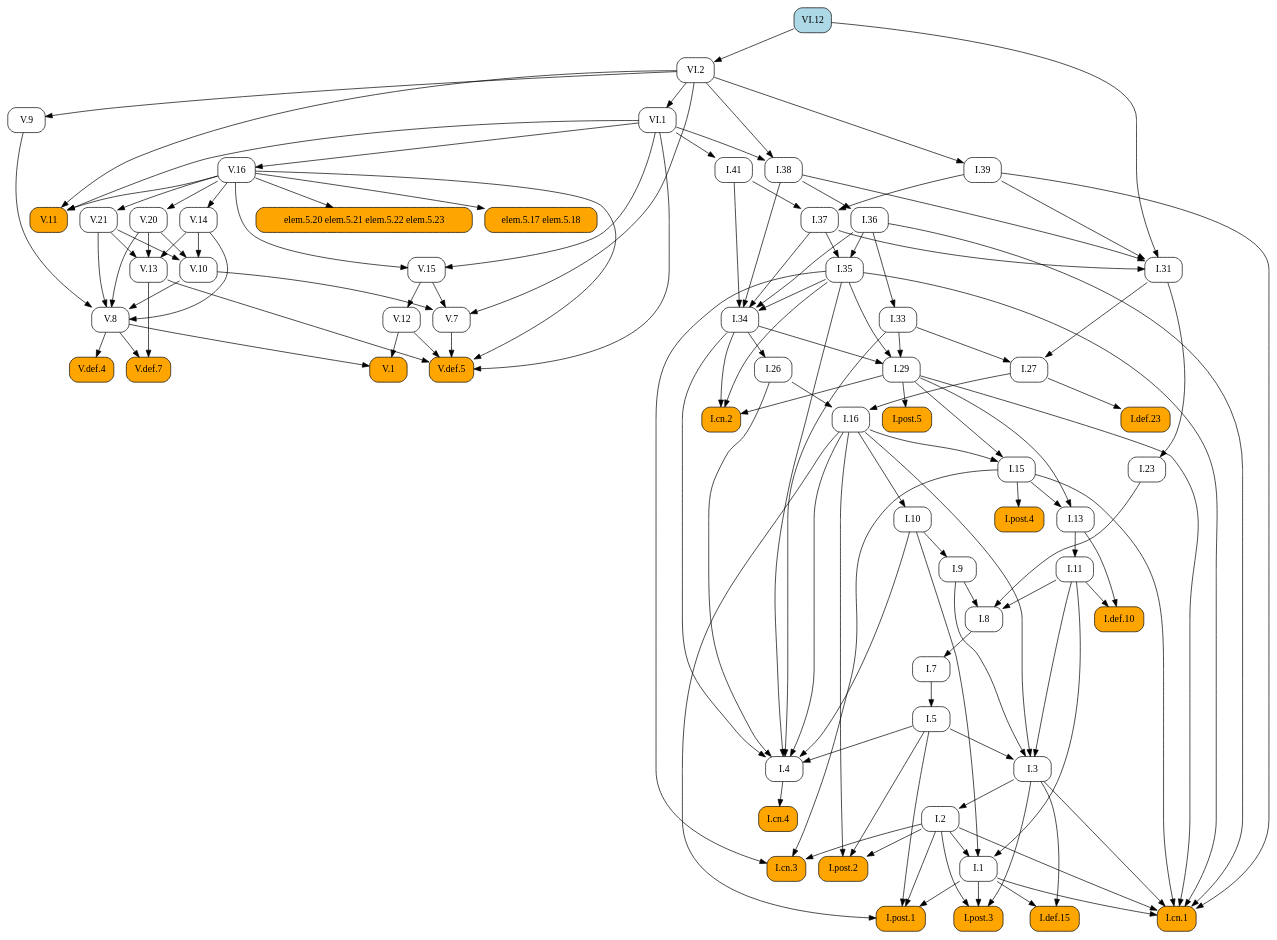
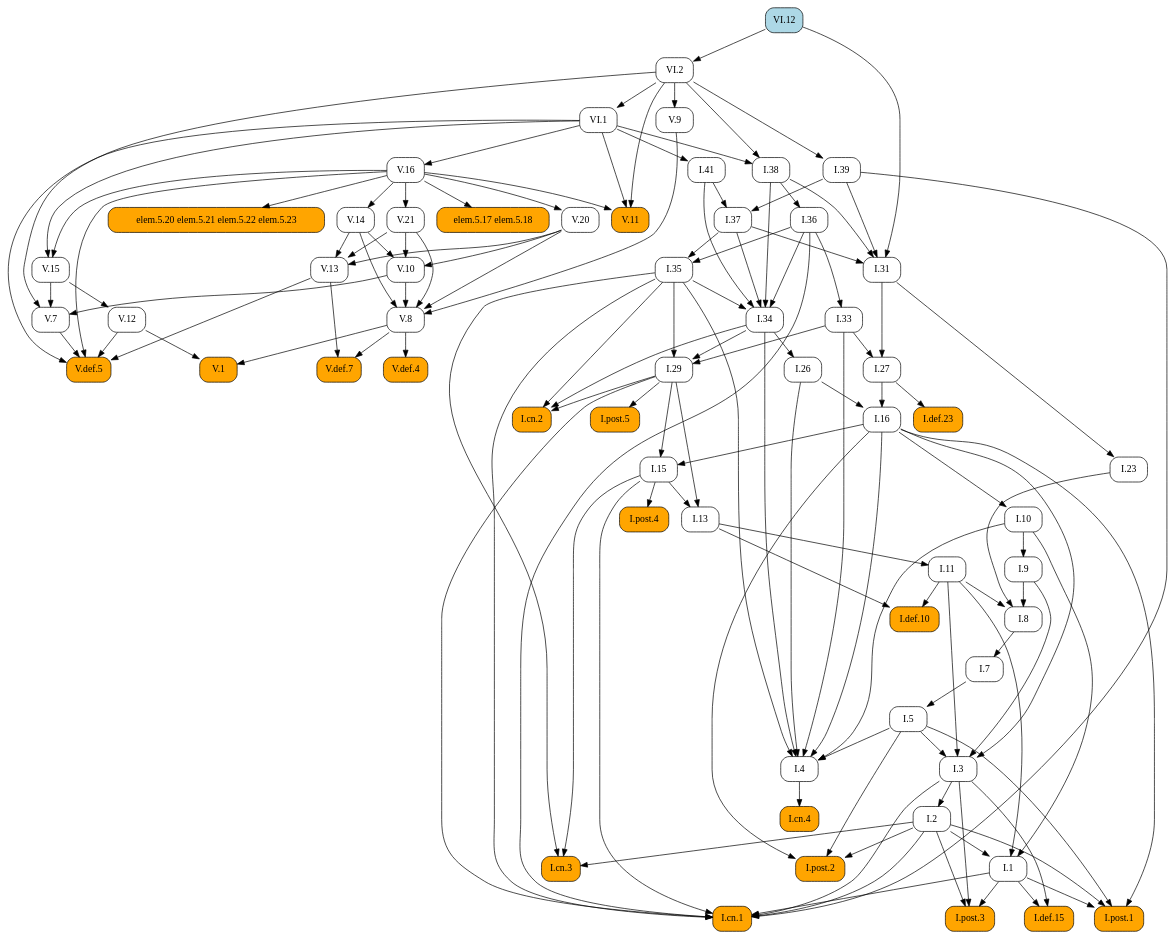
One commit to geometor/elements changed the diagram in docsrc/heath/VI/12/index.rst. Above: the diagram before and after it, drawn with Graphviz. The commit also changed other lines of this file and 484 other files, not shown here.

```diff
--- a/docsrc/heath/VI/12/index.rst
+++ b/docsrc/heath/VI/12/index.rst
@@ -37,106 +37,122 @@
    digraph {
      rankdir="TB";
      node [shape=box, style=rounded];
-     "I.def.10" [style="rounded,filled", fillcolor=orange, URL="/heath/I/def.10/", target="_top"];
-     "I.11" [URL="/heath/I/11/", target="_top"];
-     "I.post.4" [style="rounded,filled", fillcolor=orange, URL="/heath/I/post.4/", target="_top"];
-     "I.1" [URL="/heath/I/1/", target="_top"];
-     "I.39" [URL="/heath/I/39/", target="_top"];
-     "I.26" [URL="/heath/I/26/", target="_top"];
-     "VI.12" [style="rounded,filled", fillcolor=lightblue, URL="/heath/VI/12/", target="_top"];
+     "V.16" [URL="/heath/V/16/", target="_top"];
+     "I.23" [URL="/heath/I/23/", target="_top"];
+     "I.9" [URL="/heath/I/9/", target="_top"];
+     "I.33" [URL="/heath/I/33/", target="_top"];
+     "I.def.15" [style="rounded,filled", fillcolor=orange, URL="/heath/I/def.15/", target="_top"];
+     "V.13" [URL="/heath/V/13/", target="_top"];
+     "V.7" [URL="/heath/V/7/", target="_top"];
+     "elem.5.17 elem.5.18" [style="rounded,filled", fillcolor=orange];
+     "I.post.3" [style="rounded,filled", fillcolor=orange, URL="/heath/I/post.3/", target="_top"];
+     "I.post.1" [style="rounded,filled", fillcolor=orange, URL="/heath/I/post.1/", target="_top"];
      "V.14" [URL="/heath/V/14/", target="_top"];
      "V.def.5" [style="rounded,filled", fillcolor=orange, URL="/heath/V/def.5/", target="_top"];
+     "V.9" [URL="/heath/V/9/", target="_top"];
+     "I.31" [URL="/heath/I/31/", target="_top"];
+     "V.10" [URL="/heath/V/10/", target="_top"];
+     "I.def.10" [style="rounded,filled", fillcolor=orange, URL="/heath/I/def.10/", target="_top"];
+     "VI.1" [URL="/heath/VI/1/", target="_top"];
+     "I.27" [URL="/heath/I/27/", target="_top"];
+     "I.39" [URL="/heath/I/39/", target="_top"];
+     "V.20" [URL="/heath/V/20/", target="_top"];
+     "V.11" [style="rounded,filled", fillcolor=orange, URL="/heath/V/11/", target="_top"];
+     "I.34" [URL="/heath/I/34/", target="_top"];
+     "V.12" [URL="/heath/V/12/", target="_top"];
+     "I.3" [URL="/heath/I/3/", target="_top"];
+     "V.def.4" [style="rounded,filled", fillcolor=orange, URL="/heath/V/def.4/", target="_top"];
+     "I.35" [URL="/heath/I/35/", target="_top"];
+     "I.cn.1" [style="rounded,filled", fillcolor=orange, URL="/heath/I/cn.1/", target="_top"];
+     "I.7" [URL="/heath/I/7/", target="_top"];
+     "V.def.7" [style="rounded,filled", fillcolor=orange, URL="/heath/V/def.7/", target="_top"];
+     "V.21" [URL="/heath/V/21/", target="_top"];
+     "I.2" [URL="/heath/I/2/", target="_top"];
+     "I.36" [URL="/heath/I/36/", target="_top"];
+     "I.13" [URL="/heath/I/13/", target="_top"];
+     "I.post.4" [style="rounded,filled", fillcolor=orange, URL="/heath/I/post.4/", target="_top"];
+     "I.4" [URL="/heath/I/4/", target="_top"];
+     "I.1" [URL="/heath/I/1/", target="_top"];
+     "I.5" [URL="/heath/I/5/", target="_top"];
+     "I.37" [URL="/heath/I/37/", target="_top"];
+     "I.8" [URL="/heath/I/8/", target="_top"];
      "I.29" [URL="/heath/I/29/", target="_top"];
-     "V.12" [URL="/heath/V/12/", target="_top"];
+     "I.cn.3" [style="rounded,filled", fillcolor=orange, URL="/heath/I/cn.3/", target="_top"];
+     "I.16" [URL="/heath/I/16/", target="_top"];
+     "V.8" [URL="/heath/V/8/", target="_top"];
+     "I.38" [URL="/heath/I/38/", target="_top"];
+     "I.15" [URL="/heath/I/15/", target="_top"];
+     "I.10" [URL="/heath/I/10/", target="_top"];
+     "V.1" [style="rounded,filled", fillcolor=orange, URL="/heath/V/1/", target="_top"];
+     "I.def.23" [style="rounded,filled", fillcolor=orange, URL="/heath/I/def.23/", target="_top"];
+     "I.11" [URL="/heath/I/11/", target="_top"];
+     "VI.12" [style="rounded,filled", fillcolor=lightblue, URL="/heath/VI/12/", target="_top"];
      "I.cn.2" [style="rounded,filled", fillcolor=orange, URL="/heath/I/cn.2/", target="_top"];
-     "V.20" [URL="/heath/V/20/", target="_top"];
-     "V.10" [URL="/heath/V/10/", target="_top"];
-     "V.11" [style="rounded,filled", fillcolor=orange, URL="/heath/V/11/", target="_top"];
+     "I.post.5" [style="rounded,filled", fillcolor=orange, URL="/heath/I/post.5/", target="_top"];
      "VI.2" [URL="/heath/VI/2/", target="_top"];
-     "V.13" [URL="/heath/V/13/", target="_top"];
-     "I.def.15" [style="rounded,filled", fillcolor=orange, URL="/heath/I/def.15/", target="_top"];
+     "I.cn.4" [style="rounded,filled", fillcolor=orange, URL="/heath/I/cn.4/", target="_top"];
+     "I.41" [URL="/heath/I/41/", target="_top"];
      "V.15" [URL="/heath/V/15/", target="_top"];
-     "VI.1" [URL="/heath/VI/1/", target="_top"];
-     "I.post.3" [style="rounded,filled", fillcolor=orange, URL="/heath/I/post.3/", target="_top"];
-     "I.cn.1" [style="rounded,filled", fillcolor=orange, URL="/heath/I/cn.1/", target="_top"];
-     "I.cn.3" [style="rounded,filled", fillcolor=orange, URL="/heath/I/cn.3/", target="_top"];
-     "V.7" [URL="/heath/V/7/", target="_top"];
-     "V.9" [URL="/heath/V/9/", target="_top"];
-     "V.16" [URL="/heath/V/16/", target="_top"];
-     "I.23" [URL="/heath/I/23/", target="_top"];
-     "I.post.1" [style="rounded,filled", fillcolor=orange, URL="/heath/I/post.1/", target="_top"];
-     "I.35" [URL="/heath/I/35/", target="_top"];
-     "I.36" [URL="/heath/I/36/", target="_top"];
-     "I.27" [URL="/heath/I/27/", target="_top"];
-     "V.8" [URL="/heath/V/8/", target="_top"];
-     "I.41" [URL="/heath/I/41/", target="_top"];
-     "I.37" [URL="/heath/I/37/", target="_top"];
-     "I.34" [URL="/heath/I/34/", target="_top"];
-     "I.7" [URL="/heath/I/7/", target="_top"];
-     "I.3" [URL="/heath/I/3/", target="_top"];
-     "I.2" [URL="/heath/I/2/", target="_top"];
-     "I.def.23" [style="rounded,filled", fillcolor=orange, URL="/heath/I/def.23/", target="_top"];
-     "I.4" [URL="/heath/I/4/", target="_top"];
-     "I.13" [URL="/heath/I/13/", target="_top"];
-     "I.33" [URL="/heath/I/33/", target="_top"];
-     "I.31" [URL="/heath/I/31/", target="_top"];
      "I.post.2" [style="rounded,filled", fillcolor=orange, URL="/heath/I/post.2/", target="_top"];
-     "V.1" [style="rounded,filled", fillcolor=orange, URL="/heath/V/1/", target="_top"];
-     "I.16" [URL="/heath/I/16/", target="_top"];
+     "I.26" [URL="/heath/I/26/", target="_top"];
      "elem.5.20 elem.5.21 elem.5.22 elem.5.23" [style="rounded,filled", fillcolor=orange];
-     "elem.5.17 elem.5.18" [style="rounded,filled", fillcolor=orange];
-     "I.9" [URL="/heath/I/9/", target="_top"];
-     "I.8" [URL="/heath/I/8/", target="_top"];
-     "V.def.4" [style="rounded,filled", fillcolor=orange, URL="/heath/V/def.4/", target="_top"];
-     "I.cn.4" [style="rounded,filled", fillcolor=orange, URL="/heath/I/cn.4/", target="_top"];
-     "I.15" [URL="/heath/I/15/", target="_top"];
-     "I.post.5" [style="rounded,filled", fillcolor=orange, URL="/heath/I/post.5/", target="_top"];
-     "I.38" [URL="/heath/I/38/", target="_top"];
-     "V.def.7" [style="rounded,filled", fillcolor=orange, URL="/heath/V/def.7/", target="_top"];
-     "I.10" [URL="/heath/I/10/", target="_top"];
-     "I.5" [URL="/heath/I/5/", target="_top"];
-     "V.21" [URL="/heath/V/21/", target="_top"];
-     "I.11" -> "I.def.10";
-     "I.13" -> "I.def.10";
-     "I.13" -> "I.11";
-     "I.15" -> "I.post.4";
-     "I.2" -> "I.1";
-     "I.10" -> "I.1";
-     "I.11" -> "I.1";
-     "VI.2" -> "I.39";
-     "I.34" -> "I.26";
+     "VI.1" -> "V.16";
+     "I.31" -> "I.23";
+     "I.10" -> "I.9";
+     "I.36" -> "I.33";
+     "I.1" -> "I.def.15";
+     "I.3" -> "I.def.15";
+     "V.14" -> "V.13";
+     "V.20" -> "V.13";
+     "V.21" -> "V.13";
+     "V.10" -> "V.7";
+     "V.15" -> "V.7";
+     "VI.2" -> "V.7";
+     "V.16" -> "elem.5.17 elem.5.18";
+     "I.1" -> "I.post.3";
+     "I.2" -> "I.post.3";
+     "I.3" -> "I.post.3";
+     "I.1" -> "I.post.1";
+     "I.2" -> "I.post.1";
+     "I.5" -> "I.post.1";
+     "I.16" -> "I.post.1";
      "V.16" -> "V.14";
      "V.7" -> "V.def.5";
      "V.12" -> "V.def.5";
      "V.13" -> "V.def.5";
      "V.16" -> "V.def.5";
      "VI.1" -> "V.def.5";
-     "I.33" -> "I.29";
-     "I.34" -> "I.29";
-     "I.35" -> "I.29";
-     "V.15" -> "V.12";
-     "I.29" -> "I.cn.2";
-     "I.34" -> "I.cn.2";
-     "I.35" -> "I.cn.2";
-     "V.16" -> "V.20";
+     "VI.2" -> "V.9";
+     "I.37" -> "I.31";
+     "I.38" -> "I.31";
+     "I.39" -> "I.31";
+     "VI.12" -> "I.31";
      "V.14" -> "V.10";
      "V.20" -> "V.10";
      "V.21" -> "V.10";
+     "I.11" -> "I.def.10";
+     "I.13" -> "I.def.10";
+     "VI.2" -> "VI.1";
+     "I.31" -> "I.27";
+     "I.33" -> "I.27";
+     "VI.2" -> "I.39";
+     "V.16" -> "V.20";
      "V.16" -> "V.11";
      "VI.1" -> "V.11";
      "VI.2" -> "V.11";
-     "VI.12" -> "VI.2";
-     "V.14" -> "V.13";
-     "V.20" -> "V.13";
-     "V.21" -> "V.13";
-     "I.1" -> "I.def.15";
-     "I.3" -> "I.def.15";
-     "V.16" -> "V.15";
-     "VI.1" -> "V.15";
-     "VI.2" -> "VI.1";
-     "I.1" -> "I.post.3";
-     "I.2" -> "I.post.3";
-     "I.3" -> "I.post.3";
+     "I.35" -> "I.34";
+     "I.36" -> "I.34";
+     "I.37" -> "I.34";
+     "I.38" -> "I.34";
+     "I.41" -> "I.34";
+     "V.15" -> "V.12";
+     "I.5" -> "I.3";
+     "I.9" -> "I.3";
+     "I.11" -> "I.3";
+     "I.16" -> "I.3";
+     "V.8" -> "V.def.4";
+     "I.36" -> "I.35";
+     "I.37" -> "I.35";
      "I.1" -> "I.cn.1";
      "I.2" -> "I.cn.1";
      "I.3" -> "I.cn.1";
@@ -145,44 +161,15 @@
      "I.35" -> "I.cn.1";
      "I.36" -> "I.cn.1";
      "I.39" -> "I.cn.1";
-     "I.2" -> "I.cn.3";
-     "I.15" -> "I.cn.3";
-     "I.35" -> "I.cn.3";
-     "V.10" -> "V.7";
-     "V.15" -> "V.7";
-     "VI.2" -> "V.7";
-     "VI.2" -> "V.9";
-     "VI.1" -> "V.16";
-     "I.31" -> "I.23";
-     "I.1" -> "I.post.1";
-     "I.2" -> "I.post.1";
-     "I.5" -> "I.post.1";
-     "I.16" -> "I.post.1";
-     "I.36" -> "I.35";
-     "I.37" -> "I.35";
+     "I.8" -> "I.7";
+     "V.8" -> "V.def.7";
+     "V.13" -> "V.def.7";
+     "V.16" -> "V.21";
+     "I.3" -> "I.2";
      "I.38" -> "I.36";
-     "I.31" -> "I.27";
-     "I.33" -> "I.27";
-     "V.9" -> "V.8";
-     "V.10" -> "V.8";
-     "V.14" -> "V.8";
-     "V.20" -> "V.8";
-     "V.21" -> "V.8";
-     "VI.1" -> "I.41";
-     "I.39" -> "I.37";
-     "I.41" -> "I.37";
-     "I.35" -> "I.34";
-     "I.36" -> "I.34";
-     "I.37" -> "I.34";
-     "I.38" -> "I.34";
-     "I.41" -> "I.34";
-     "I.8" -> "I.7";
-     "I.5" -> "I.3";
-     "I.9" -> "I.3";
-     "I.11" -> "I.3";
-     "I.16" -> "I.3";
-     "I.3" -> "I.2";
-     "I.27" -> "I.def.23";
+     "I.15" -> "I.13";
+     "I.29" -> "I.13";
+     "I.15" -> "I.post.4";
      "I.5" -> "I.4";
      "I.10" -> "I.4";
      "I.16" -> "I.4";
@@ -190,36 +177,49 @@
      "I.33" -> "I.4";
      "I.34" -> "I.4";
      "I.35" -> "I.4";
-     "I.15" -> "I.13";
-     "I.29" -> "I.13";
-     "I.36" -> "I.33";
-     "I.37" -> "I.31";
-     "I.38" -> "I.31";
-     "I.39" -> "I.31";
-     "VI.12" -> "I.31";
+     "I.2" -> "I.1";
+     "I.10" -> "I.1";
+     "I.11" -> "I.1";
+     "I.7" -> "I.5";
+     "I.39" -> "I.37";
+     "I.41" -> "I.37";
+     "I.9" -> "I.8";
+     "I.11" -> "I.8";
+     "I.23" -> "I.8";
+     "I.33" -> "I.29";
+     "I.34" -> "I.29";
+     "I.35" -> "I.29";
+     "I.2" -> "I.cn.3";
+     "I.15" -> "I.cn.3";
+     "I.35" -> "I.cn.3";
+     "I.26" -> "I.16";
+     "I.27" -> "I.16";
+     "V.9" -> "V.8";
+     "V.10" -> "V.8";
+     "V.14" -> "V.8";
+     "V.20" -> "V.8";
+     "V.21" -> "V.8";
+     "VI.1" -> "I.38";
+     "VI.2" -> "I.38";
+     "I.16" -> "I.15";
+     "I.29" -> "I.15";
+     "I.16" -> "I.10";
+     "V.8" -> "V.1";
+     "V.12" -> "V.1";
+     "I.27" -> "I.def.23";
+     "I.13" -> "I.11";
+     "I.29" -> "I.cn.2";
+     "I.34" -> "I.cn.2";
+     "I.35" -> "I.cn.2";
+     "I.29" -> "I.post.5";
+     "VI.12" -> "VI.2";
+     "I.4" -> "I.cn.4";
+     "VI.1" -> "I.41";
+     "V.16" -> "V.15";
+     "VI.1" -> "V.15";
      "I.2" -> "I.post.2";
      "I.5" -> "I.post.2";
      "I.16" -> "I.post.2";
-     "V.8" -> "V.1";
-     "V.12" -> "V.1";
-     "I.26" -> "I.16";
-     "I.27" -> "I.16";
+     "I.34" -> "I.26";
      "V.16" -> "elem.5.20 elem.5.21 elem.5.22 elem.5.23";
-     "V.16" -> "elem.5.17 elem.5.18";
-     "I.10" -> "I.9";
-     "I.9" -> "I.8";
-     "I.11" -> "I.8";
-     "I.23" -> "I.8";
-     "V.8" -> "V.def.4";
-     "I.4" -> "I.cn.4";
-     "I.16" -> "I.15";
-     "I.29" -> "I.15";
-     "I.29" -> "I.post.5";
-     "VI.1" -> "I.38";
-     "VI.2" -> "I.38";
-     "V.8" -> "V.def.7";
-     "V.13" -> "V.def.7";
-     "I.16" -> "I.10";
-     "I.7" -> "I.5";
-     "V.16" -> "V.21";
    }
```
